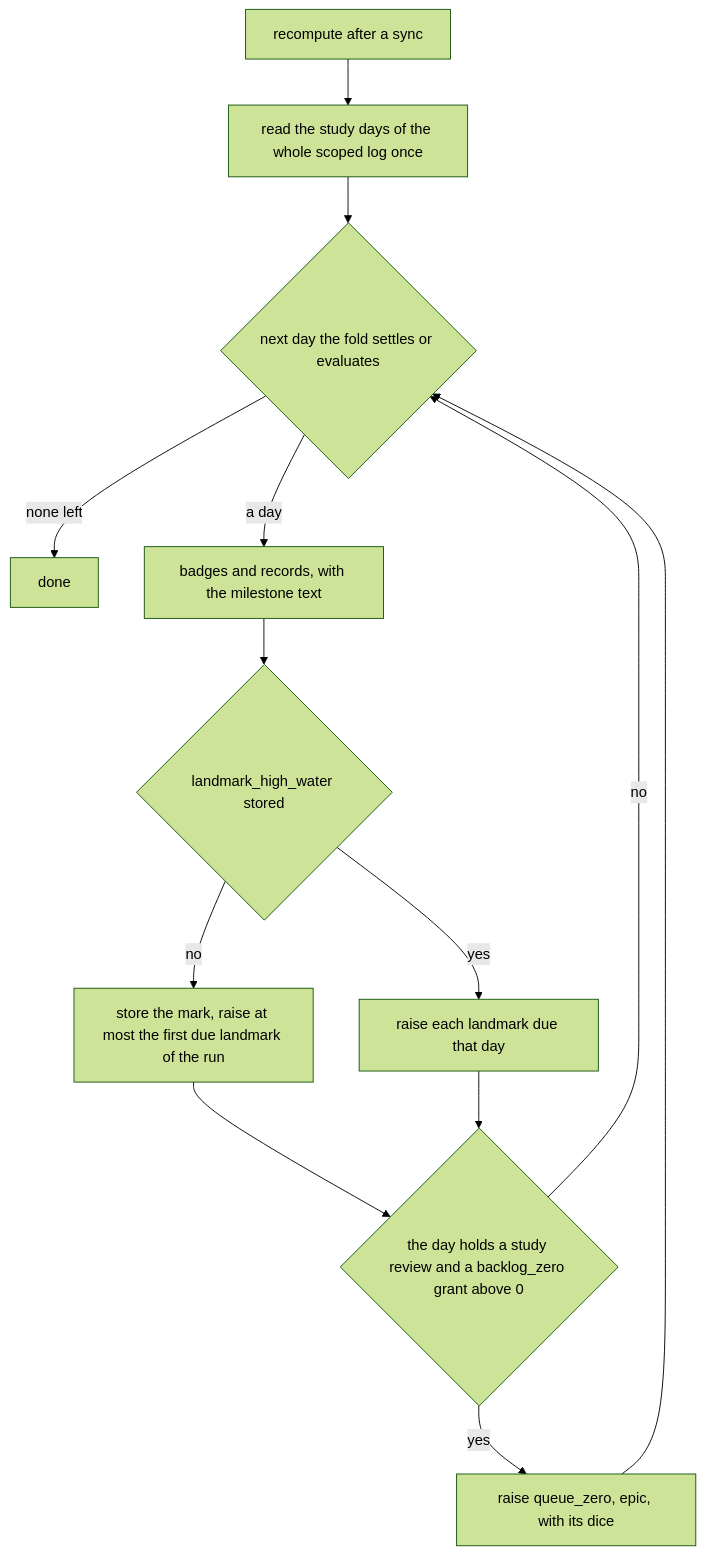
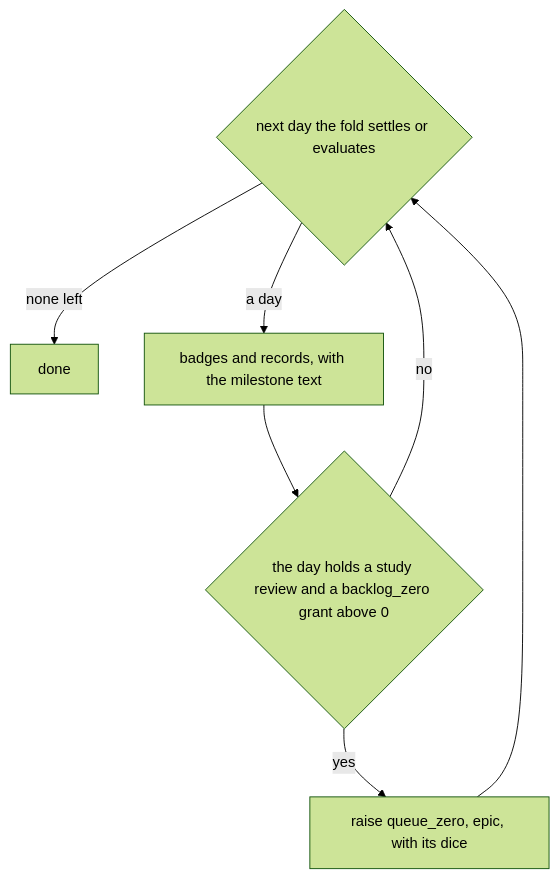
The first of 4 diagrams in docs/schematics/landmarks-milestones-and-the-pinned-widget.md (RexRenatus/deck-streak), drawn with Mermaid (forest theme) before and after one commit. The commit also changed other lines of this file and 3 other files, not shown here.

First line of the commit message:
docs(landmarks): part b's red-first record, schematic and changelog

````diff
--- a/docs/schematics/landmarks-milestones-and-the-pinned-widget.md
+++ b/docs/schematics/landmarks-milestones-and-the-pinned-widget.md
@@ -23,15 +24,9 @@
 ```mermaid
 flowchart TD
-  R[recompute after a sync] --> S[read the study days of the whole scoped log once]
-  S --> D{next day the fold settles or evaluates}
-  D -- none left --> E[done]
+  D{next day the fold settles or evaluates} -- none left --> E[done]
   D -- a day --> B[badges and records, with the milestone text]
-  B --> M{landmark_high_water stored}
-  M -- no --> SEED[store the mark, raise at most the first due landmark of the run]
-  M -- yes --> L[raise each landmark due that day]
-  SEED --> Q
-  L --> Q{the day holds a study review and a backlog_zero grant above 0}
+  B --> Q{the day holds a study review and a backlog_zero grant above 0}
   Q -- yes --> Z[raise queue_zero, epic, with its dice]
   Q -- no --> D
   Z --> D
 ```
````
